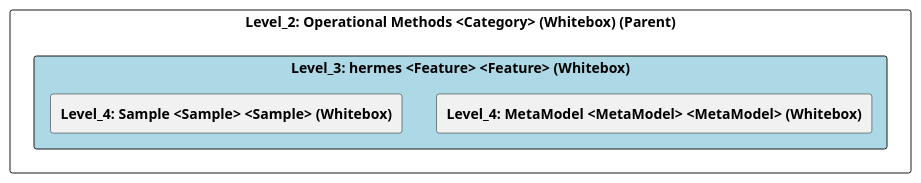
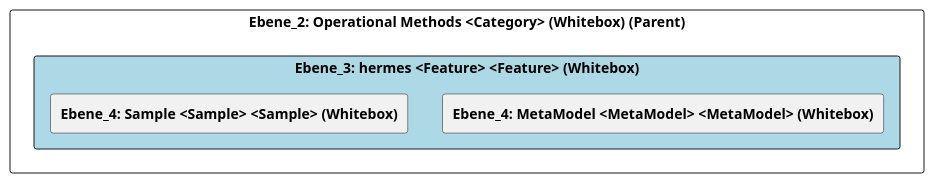
One commit to marcozwyssig/cleon changed the diagram in doc/cleonproject_deliverables_architecture_model_architecture/adoc/de/05_bausteinsicht/cleon/operational_methods/hermes/ebene_3_hermes.adoc. Above: the diagram before and after it, drawn with PlantUML. The commit also changed other lines of this file and 258 other files, not shown here.

```diff
--- a/doc/cleonproject_deliverables_architecture_model_architecture/adoc/de/05_bausteinsicht/cleon/operational_methods/hermes/ebene_3_hermes.adoc
+++ b/doc/cleonproject_deliverables_architecture_model_architecture/adoc/de/05_bausteinsicht/cleon/operational_methods/hermes/ebene_3_hermes.adoc
@@ -24,25 +24,25 @@
-[plantuml, Level_3: hermes <Feature> <Feature> (Whitebox)BlockOverview, format="svg"]
+[plantuml, Ebene_3: hermes <Feature> <Feature> (Whitebox)BlockOverview, format="svg"]
 ----
-@startuml Level_3: hermes <Feature> <Feature> (Whitebox)BuildingBlockOverview
+@startuml Ebene_3: hermes <Feature> <Feature> (Whitebox)BuildingBlockOverview
 
 skinparam ranksep 10
 skinparam componentStyle rectangle
 skinparam shadowing false
 skinparam arrowColor lightblue
 skinparam arrowThickness 1.2
 skinparam rectangle {
   BackgroundColor White
   BorderColor #333
   RoundCorner 10
 }
 top to bottom direction
 
-component "Level_2: Operational Methods <Category> (Whitebox) (Parent)" {
-    component "Level_3: hermes <Feature> <Feature> (Whitebox)" #lightblue {
-        [**Level_4: MetaModel <MetaModel> <MetaModel> (Whitebox)**] as 3BDFB317_D421_11EF_BDEF_4D33DBCE89CB
-        [**Level_4: Sample <Sample> <Sample> (Whitebox)**] as 3BDFB318_D421_11EF_BDEF_4D33DBCE89CB
+component "Ebene_2: Operational Methods <Category> (Whitebox) (Parent)" {
+    component "Ebene_3: hermes <Feature> <Feature> (Whitebox)" #lightblue {
+        [**Ebene_4: MetaModel <MetaModel> <MetaModel> (Whitebox)**] as 3BDFB317_D421_11EF_BDEF_4D33DBCE89CB
+        [**Ebene_4: Sample <Sample> <Sample> (Whitebox)**] as 3BDFB318_D421_11EF_BDEF_4D33DBCE89CB
     }
 }
 
 @enduml
 ----
```
